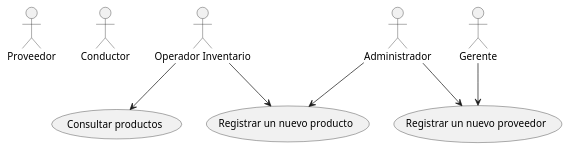
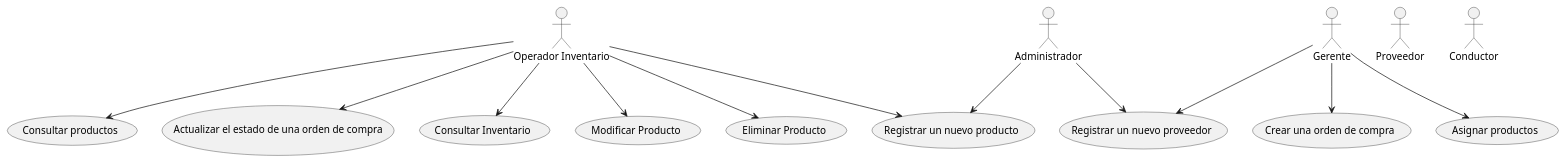
Before and after one commit to Badjavii/oop-practices: the diagram in vm07_TransportationManager/docs/casos-uso.puml, drawn with PlantUML. The commit also changed 3 other files, not shown here.

```diff
--- a/vm07_TransportationManager/docs/casos-uso.puml
+++ b/vm07_TransportationManager/docs/casos-uso.puml
@@ -1,16 +1,21 @@
-@startuml
-top to bottom direction
+@startuml 
+:Operador Inventario: as Operador
+Operador --> (Registrar un nuevo producto)
+Operador --> (Consultar productos)
+Operador --> (Actualizar el estado de una orden de compra)
+Operador --> (Consultar Inventario)
+Operador --> (Modificar Producto)
+Operador --> (Eliminar Producto)
+
+:Administrador:
+Administrador --> (Registrar un nuevo producto)
+Administrador --> (Registrar un nuevo proveedor)
+
+Gerente --> (Registrar un nuevo proveedor)
+Gerente --> (Crear una orden de compra)
+Gerente --> (Asignar productos)
 
 :Proveedor:
 :Conductor:
-:Operador Inventario: as Operador
-:Administrador:
-:Gerente:
-
-Operador --> (Registrar un nuevo producto)
-Operador --> (Consultar productos)
-Administrador --> (Registrar un nuevo producto)
-Administrador --> (Registrar un nuevo proveedor)
-Gerente --> (Registrar un nuevo proveedor)
 
 @enduml
```
